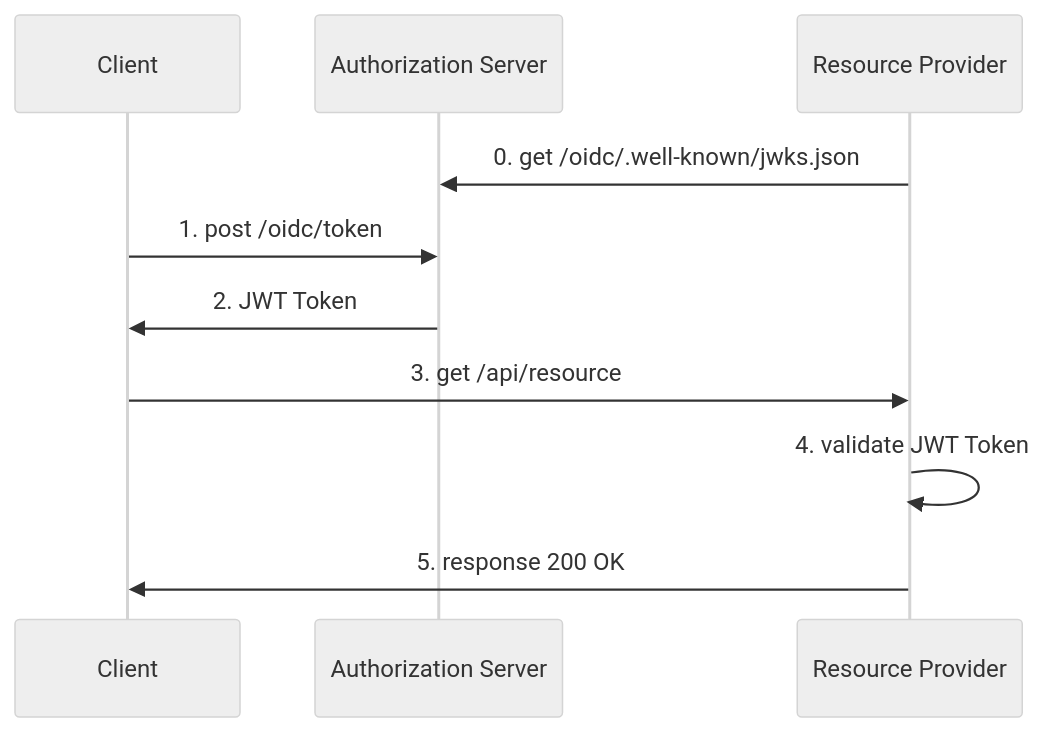
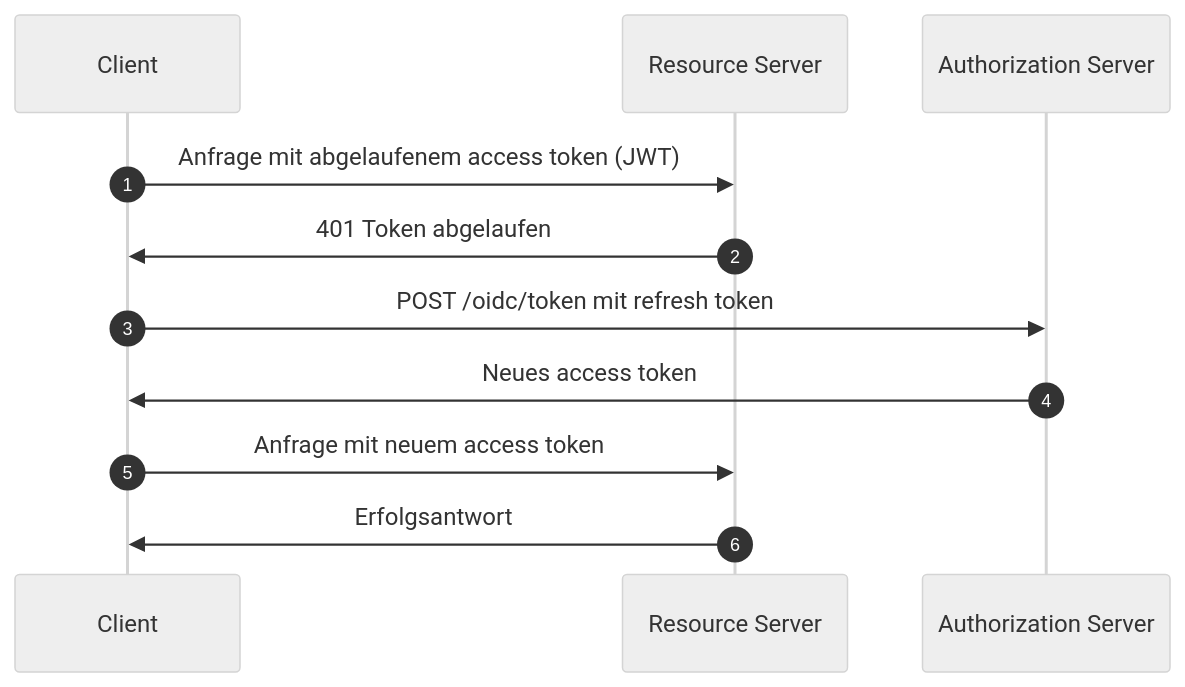
The fifth of 5 diagrams in src/content/terms/de/opaque-token.mdx (logto-io/auth-wiki), drawn with Mermaid (neutral theme) before and after one commit. The commit also changed other lines of this file and 95 other files, not shown here.

````diff
--- a/src/content/terms/de/opaque-token.mdx
+++ b/src/content/terms/de/opaque-token.mdx
@@ -73,16 +123,14 @@
 ```mermaid
+sequenceDiagram
+    participant Client as Client
+    participant RS as Resource Server
+    participant AS as Authorization Server
+    autonumber
 
-sequenceDiagram
-    participant C as Client
-    participant AS as Authorization Server
-    participant RP as Resource Provider
-
-    RP ->> AS: 0. get /oidc/.well-known/jwks.json
-
-    C ->> AS: 1. post /oidc/token
-    AS ->> C: 2. JWT Token
-    C ->> RP: 3. get /api/resource
-    RP ->> RP: 4. validate JWT Token
-    RP ->> C: 5. response 200 OK
-
+    Client->>RS: Anfrage mit abgelaufenem access token (JWT)
+    RS->>Client: 401 Token abgelaufen
+    Client->>AS: POST /oidc/token mit refresh token
+    AS->>Client: Neues access token
+    Client->>RS: Anfrage mit neuem access token
+    RS->>Client: Erfolgsantwort
 ```
````
